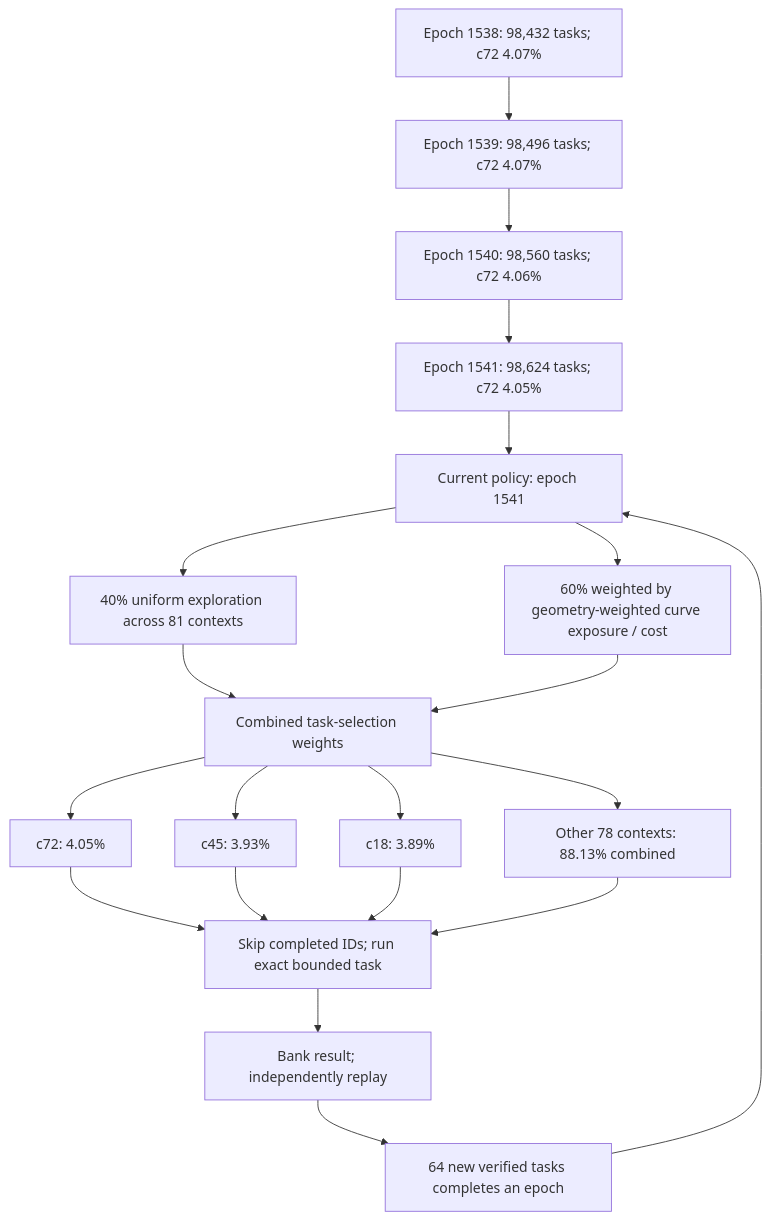
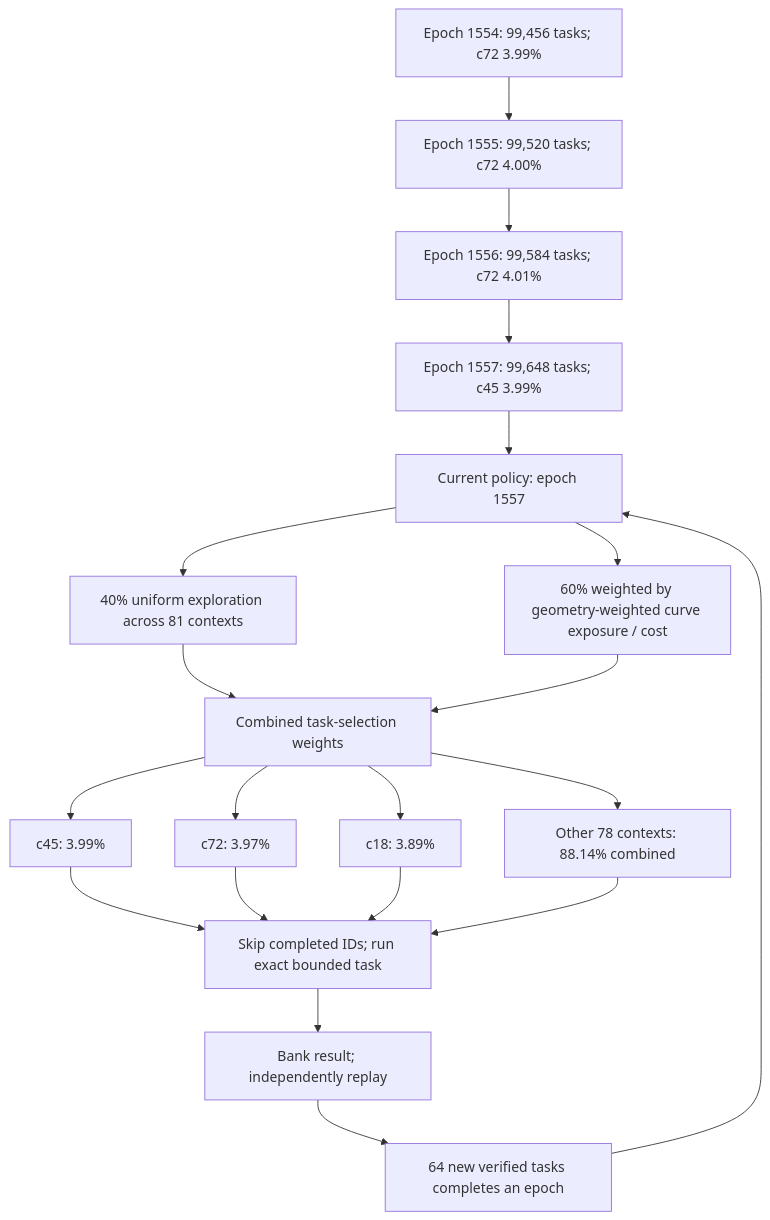
The first of 3 diagrams in README.md (Kuberwastaken/math-gambling), drawn with Mermaid before and after one commit. The commit also changed other lines of this file and 2144 other files, not shown here.

````diff
--- a/README.md
+++ b/README.md
@@ -56,27 +56,27 @@
 ```mermaid
 flowchart TD
-    H0["Epoch 1538: 98,432 tasks; c72 4.07%"]
-    H1["Epoch 1539: 98,496 tasks; c72 4.07%"]
+    H0["Epoch 1554: 99,456 tasks; c72 3.99%"]
+    H1["Epoch 1555: 99,520 tasks; c72 4.00%"]
     H0 --> H1
-    H2["Epoch 1540: 98,560 tasks; c72 4.06%"]
+    H2["Epoch 1556: 99,584 tasks; c72 4.01%"]
     H1 --> H2
-    H3["Epoch 1541: 98,624 tasks; c72 4.05%"]
+    H3["Epoch 1557: 99,648 tasks; c45 3.99%"]
     H2 --> H3
-    Policy["Current policy: epoch 1541"]
+    Policy["Current policy: epoch 1557"]
     H3 --> Policy
     Policy --> Explore["40% uniform exploration across 81 contexts"]
     Policy --> Cost["60% weighted by geometry-weighted curve exposure / cost"]
     Explore --> Mix["Combined task-selection weights"]
     Cost --> Mix
-    Mix --> C0["c72: 4.05%"]
-    Mix --> C1["c45: 3.93%"]
+    Mix --> C0["c45: 3.99%"]
+    Mix --> C1["c72: 3.97%"]
     Mix --> C2["c18: 3.89%"]
-    Mix --> Rest["Other 78 contexts: 88.13% combined"]
+    Mix --> Rest["Other 78 contexts: 88.14% combined"]
     C0 --> Check["Skip completed IDs; run exact bounded task"]
     C1 --> Check
     C2 --> Check
     Rest --> Check
     Check --> Replay["Bank result; independently replay"]
     Replay --> Gate["64 new verified tasks completes an epoch"]
     Gate --> Policy
 ```
````
